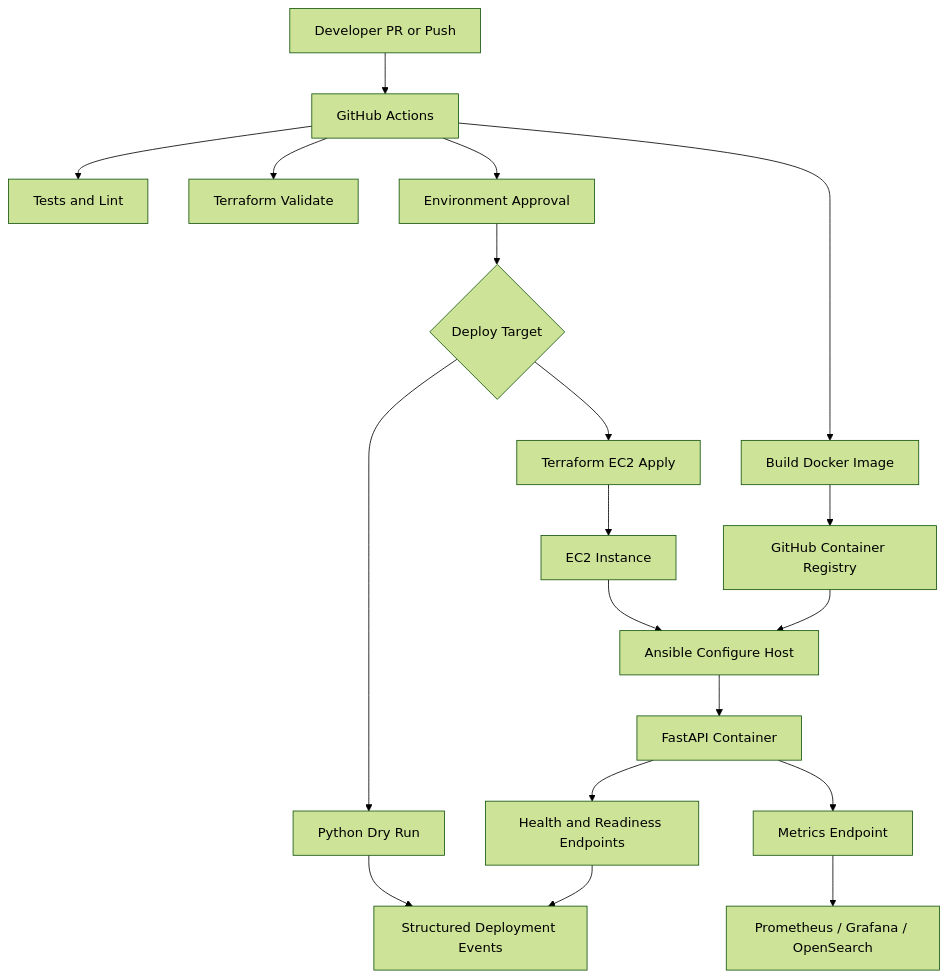
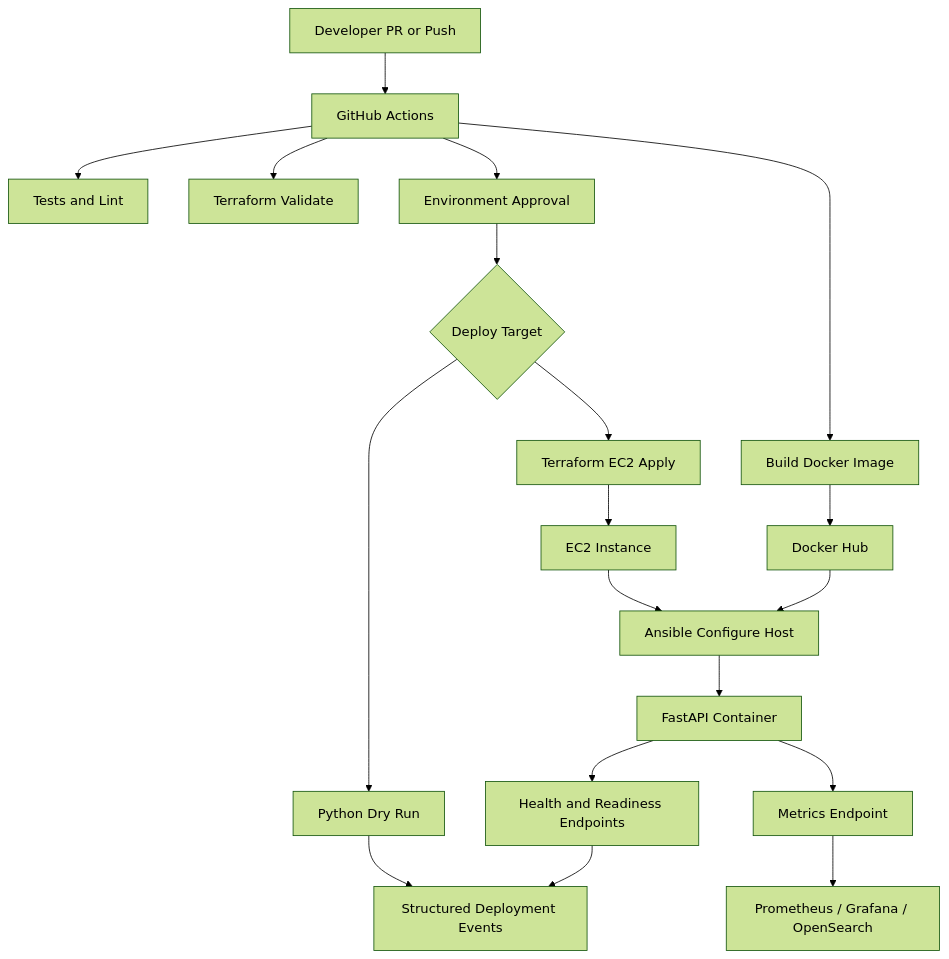
Before and after one commit to pbedadham/sre-automation-demo: the diagram in docs/presentation.md, drawn with Mermaid (forest theme). The commit also changed other lines of this file and 3 other files, not shown here.

Commit message:
Use Docker Hub for container registry

````diff
--- a/docs/presentation.md
+++ b/docs/presentation.md
@@ -21,26 +21,26 @@
 ```mermaid
 flowchart TD
     Dev["Developer PR or Push"] --> GA["GitHub Actions"]
 
     GA --> Test["Tests and Lint"]
     GA --> Build["Build Docker Image"]
-    Build --> GHCR["GitHub Container Registry"]
+    Build --> DockerHub["Docker Hub"]
     GA --> TFCheck["Terraform Validate"]
 
     GA --> Gate["Environment Approval"]
     Gate --> Target{"Deploy Target"}
 
     Target --> DryRun["Python Dry Run"]
     Target --> TFApply["Terraform EC2 Apply"]
 
     TFApply --> EC2["EC2 Instance"]
     EC2 --> Ansible["Ansible Configure Host"]
-    GHCR --> Ansible
+    DockerHub --> Ansible
     Ansible --> App["FastAPI Container"]
 
     App --> Health["Health and Readiness Endpoints"]
     App --> Metrics["Metrics Endpoint"]
     DryRun --> Events["Structured Deployment Events"]
     Health --> Events
     Metrics --> Obs["Prometheus / Grafana / OpenSearch"]
 ```
````
